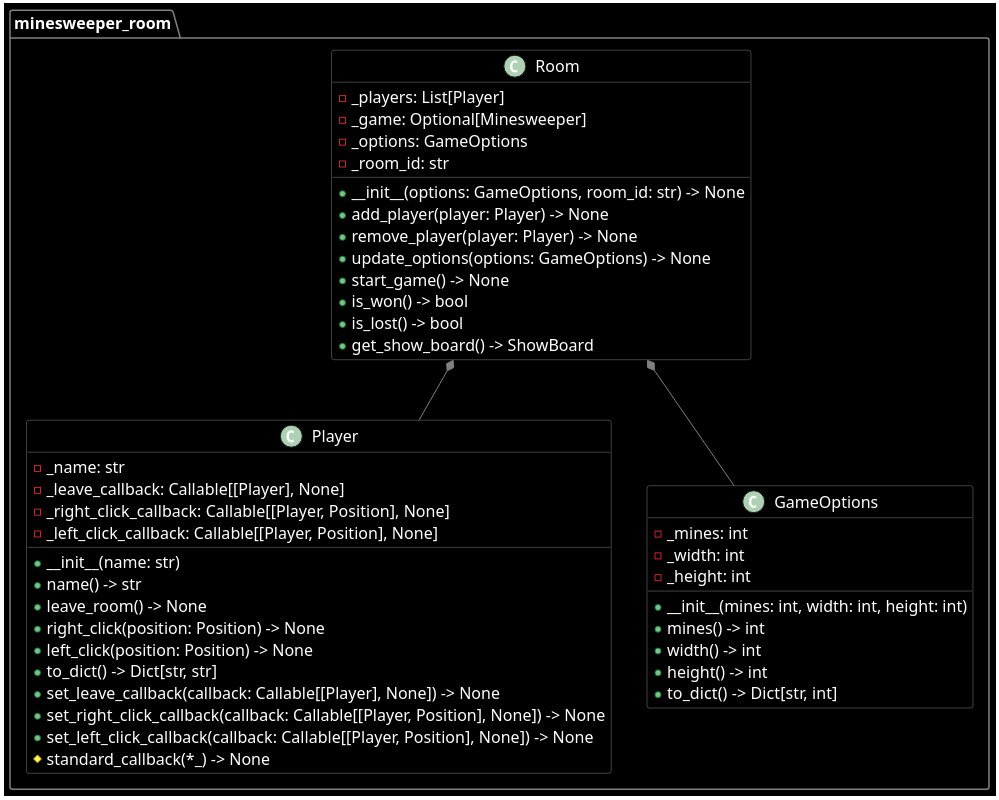
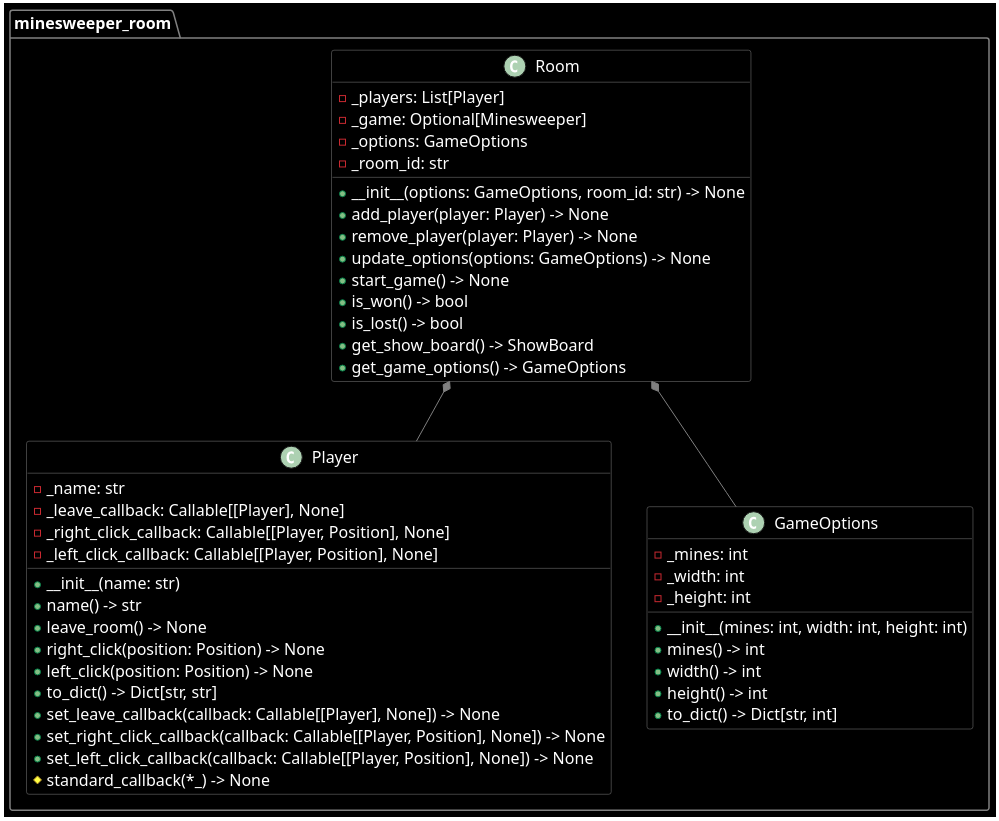
The diagram in doc/minesweeper_room-diagram.puml (HampusSiik/minesweeper-with-friends), drawn with PlantUML before and after one commit. The commit also changed 2 other files, not shown here.

Commit message:
Add get_game_options method to Room class and corresponding test

```diff
--- a/doc/minesweeper_room-diagram.puml
+++ b/doc/minesweeper_room-diagram.puml
@@ -1,86 +1,87 @@
 @startuml minesweeper_room
 
 skinparam {
 
     DefaultFontColor White
     DefaultFontName Monospace
     DefaultFontSize 16
     DefaultBorderColor White
     ArrowColor Gray
 
     BackgroundColor Black
     BorderColor Gray
     FontColor White
 
     class {
         BackgroundColor Black
         BorderColor Gray
     }
 
     package {
         BackgroundColor Black
         BorderColor Gray
     }
 
 }
 
 package minesweeper_room {
 
     class Player {
 
         - _name: str
         - _leave_callback: Callable[[Player], None]
         - _right_click_callback: Callable[[Player, Position], None]
         - _left_click_callback: Callable[[Player, Position], None]
 
         + __init__(name: str)
         + name() -> str
         + leave_room() -> None
         + right_click(position: Position) -> None
         + left_click(position: Position) -> None
         + to_dict() -> Dict[str, str]
         + set_leave_callback(callback: Callable[[Player], None]) -> None
         + set_right_click_callback(callback: Callable[[Player, Position], None]) -> None
         + set_left_click_callback(callback: Callable[[Player, Position], None]) -> None
         # standard_callback(*_) -> None
 
     }
 
     class GameOptions {
 
         - _mines: int
         - _width: int
         - _height: int
 
         + __init__(mines: int, width: int, height: int)
         + mines() -> int
         + width() -> int
         + height() -> int
         + to_dict() -> Dict[str, int]
 
     }
 
     class Room {
 
         - _players: List[Player]
         - _game: Optional[Minesweeper]
         - _options: GameOptions
         - _room_id: str
 
         + __init__(options: GameOptions, room_id: str) -> None
         + add_player(player: Player) -> None
         + remove_player(player: Player) -> None
         + update_options(options: GameOptions) -> None
         + start_game() -> None
         + is_won() -> bool
         + is_lost() -> bool
         + get_show_board() -> ShowBoard
+        + get_game_options() -> GameOptions
 
     }
 
     Room *-- Player
     Room *-- GameOptions
 
 }
 
 @enduml
```
